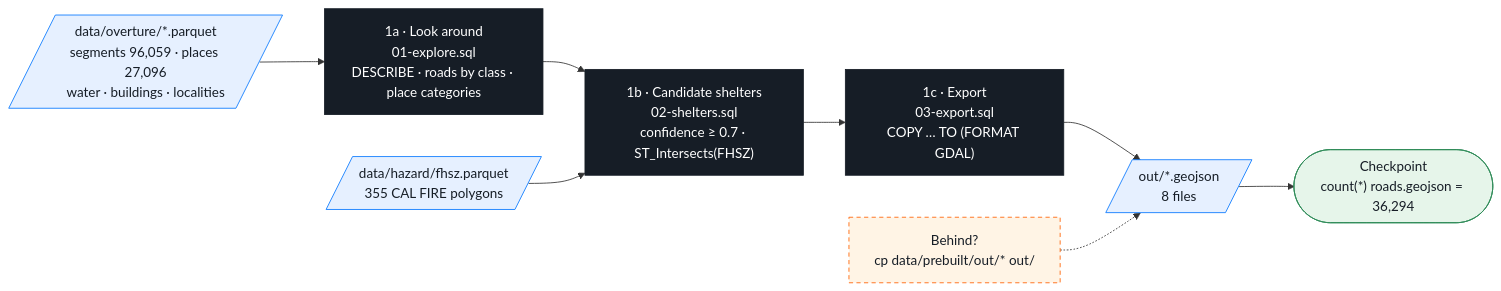
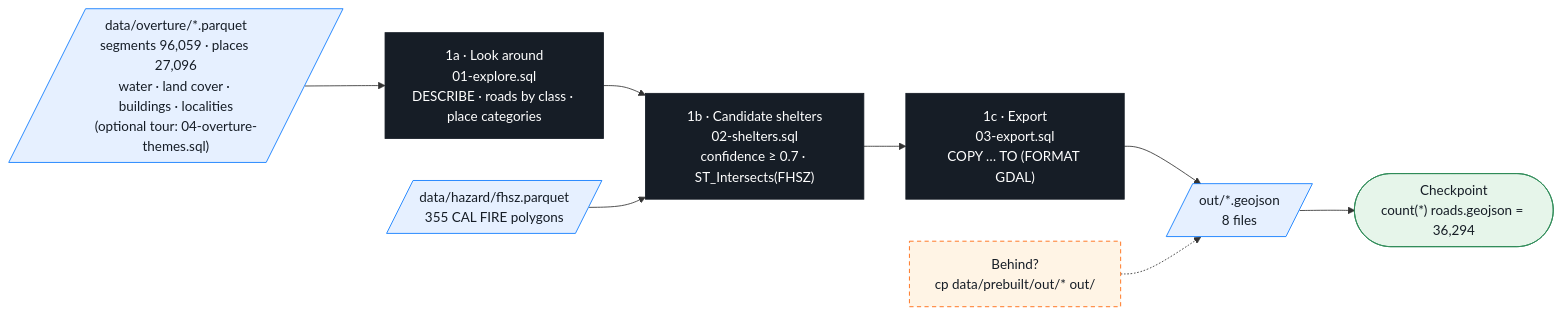
The diagram in 00-data/README.md (vishal4c/routes-to-safety-workshop), drawn with Mermaid before and after one commit. The commit also changed other lines of this file and 18 other files, not shown here.

````diff
--- a/00-data/README.md
+++ b/00-data/README.md
@@ -8,20 +8,20 @@
 ```mermaid
 flowchart LR
   classDef file fill:#E6F0FF,stroke:#0678FF,color:#161D26
   classDef tool fill:#161D26,stroke:#161D26,color:#FFFFFF
   classDef chk  fill:#E6F5EA,stroke:#2E8B57,color:#161D26
   classDef bail fill:#FFF4E5,stroke:#FF6101,color:#161D26,stroke-dasharray:5 4
 
-  P[/"data/overture/*.parquet<br/>segments 96,059 · places 27,096<br/>water · buildings · localities"/]:::file
+  P[/"data/overture/*.parquet<br/>segments 96,059 · places 27,096<br/>water · land cover · buildings · localities<br/>(optional tour: 04-overture-themes.sql)"/]:::file
   F[/"data/hazard/fhsz.parquet<br/>355 CAL FIRE polygons"/]:::file
   S1["1a · Look around<br/>01-explore.sql<br/>DESCRIBE · roads by class · place categories"]:::tool
   S2["1b · Candidate shelters<br/>02-shelters.sql<br/>confidence ≥ 0.7 · ST_Intersects(FHSZ)"]:::tool
   S3["1c · Export<br/>03-export.sql<br/>COPY … TO (FORMAT GDAL)"]:::tool
   O[/"out/*.geojson<br/>8 files"/]:::file
   K(["Checkpoint<br/>count(*) roads.geojson = 36,294"]):::chk
   B["Behind?<br/>cp data/prebuilt/out/* out/"]:::bail
 
   P --> S1 --> S2 --> S3 --> O --> K
   F --> S2
   B -.-> O
 ```
````
